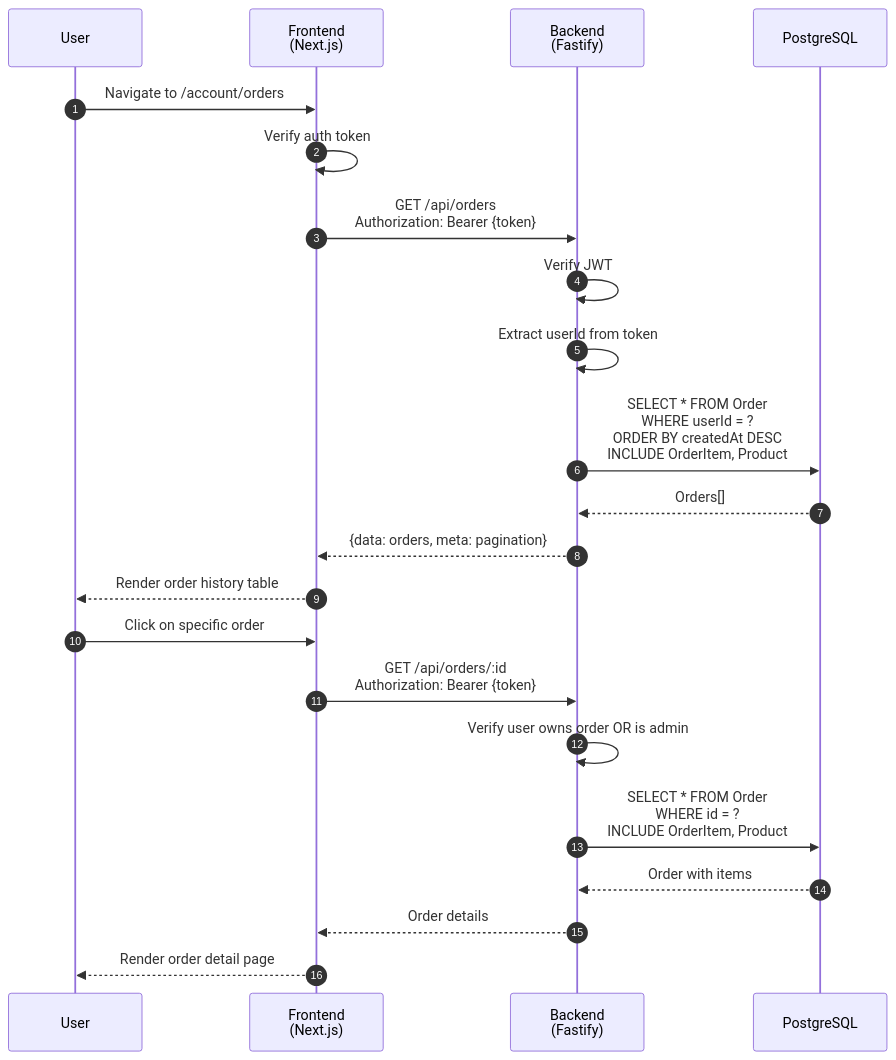
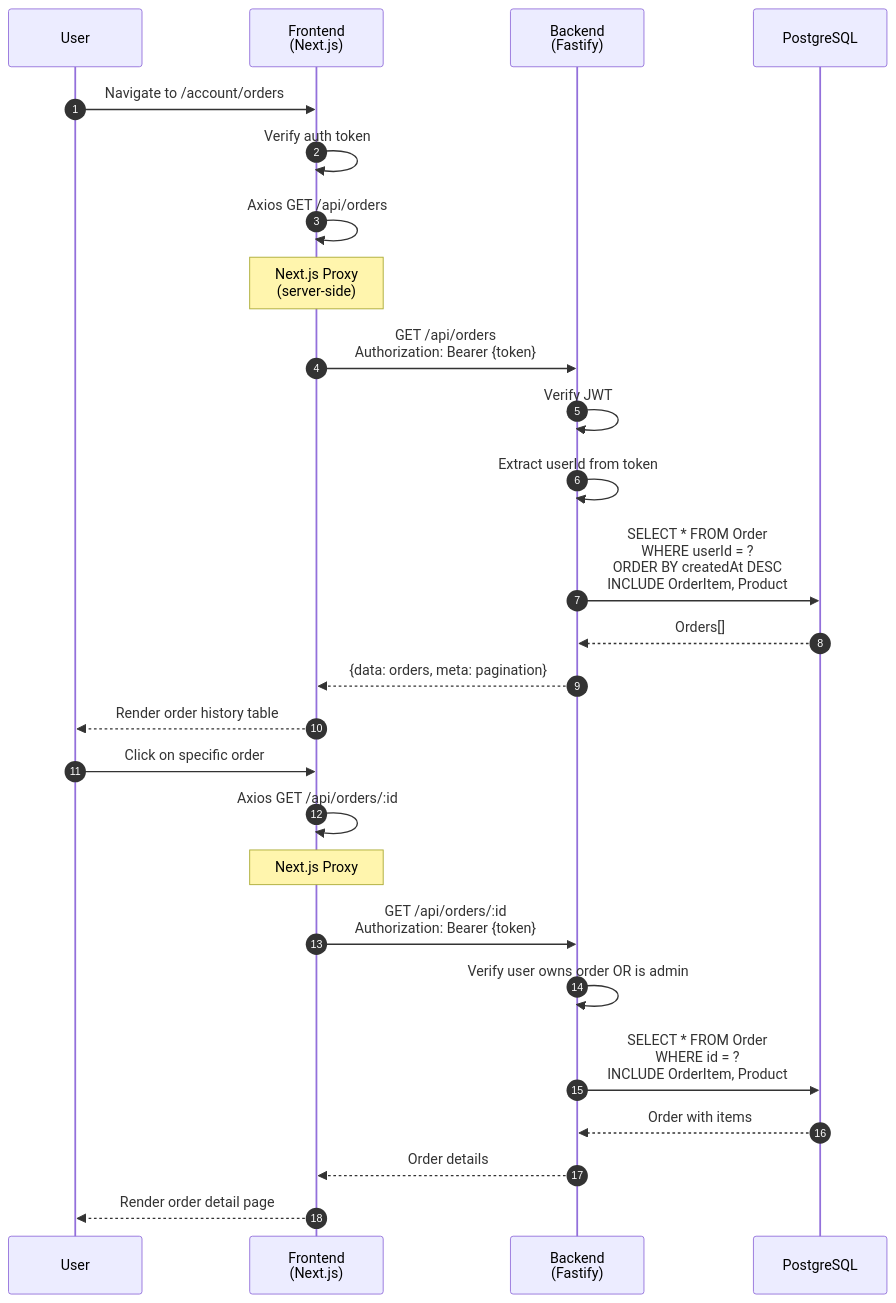
One commit to lorenzogirardi/ai-ecom-demo changed the seventh of 10 diagrams in ecommerce-demo/slides/SEQUENCE_DIAGRAMS_eng.md. Above: the diagram before and after it, drawn with Mermaid. The commit also changed other lines of this file and 1 other file, not shown here.

First line of the commit message:
docs: update sequence diagrams with Next.js proxy pattern

````diff
--- a/ecommerce-demo/slides/SEQUENCE_DIAGRAMS_eng.md
+++ b/ecommerce-demo/slides/SEQUENCE_DIAGRAMS_eng.md
@@ -241,26 +251,30 @@
 ```mermaid
 sequenceDiagram
     autonumber
     participant U as User
     participant FE as Frontend<br/>(Next.js)
     participant BE as Backend<br/>(Fastify)
     participant DB as PostgreSQL
 
     U->>FE: Navigate to /account/orders
     FE->>FE: Verify auth token
+    FE->>FE: Axios GET /api/orders
+    Note over FE: Next.js Proxy<br/>(server-side)
     FE->>BE: GET /api/orders<br/>Authorization: Bearer {token}
     BE->>BE: Verify JWT
     BE->>BE: Extract userId from token
     BE->>DB: SELECT * FROM Order<br/>WHERE userId = ?<br/>ORDER BY createdAt DESC<br/>INCLUDE OrderItem, Product
     DB-->>BE: Orders[]
     BE-->>FE: {data: orders, meta: pagination}
     FE-->>U: Render order history table
 
     U->>FE: Click on specific order
+    FE->>FE: Axios GET /api/orders/:id
+    Note over FE: Next.js Proxy
     FE->>BE: GET /api/orders/:id<br/>Authorization: Bearer {token}
     BE->>BE: Verify user owns order OR is admin
     BE->>DB: SELECT * FROM Order<br/>WHERE id = ?<br/>INCLUDE OrderItem, Product
     DB-->>BE: Order with items
     BE-->>FE: Order details
     FE-->>U: Render order detail page
 ```
````
